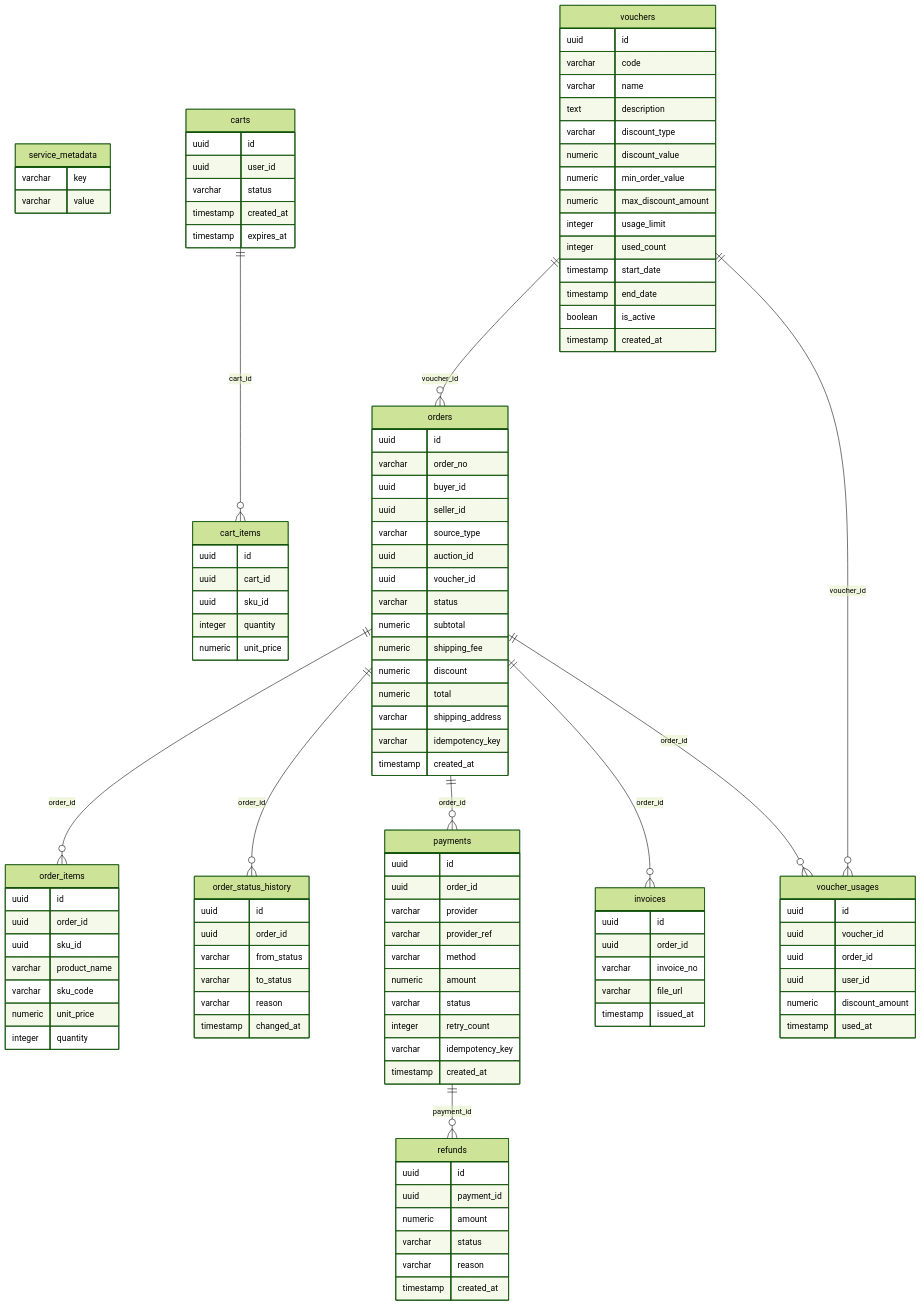
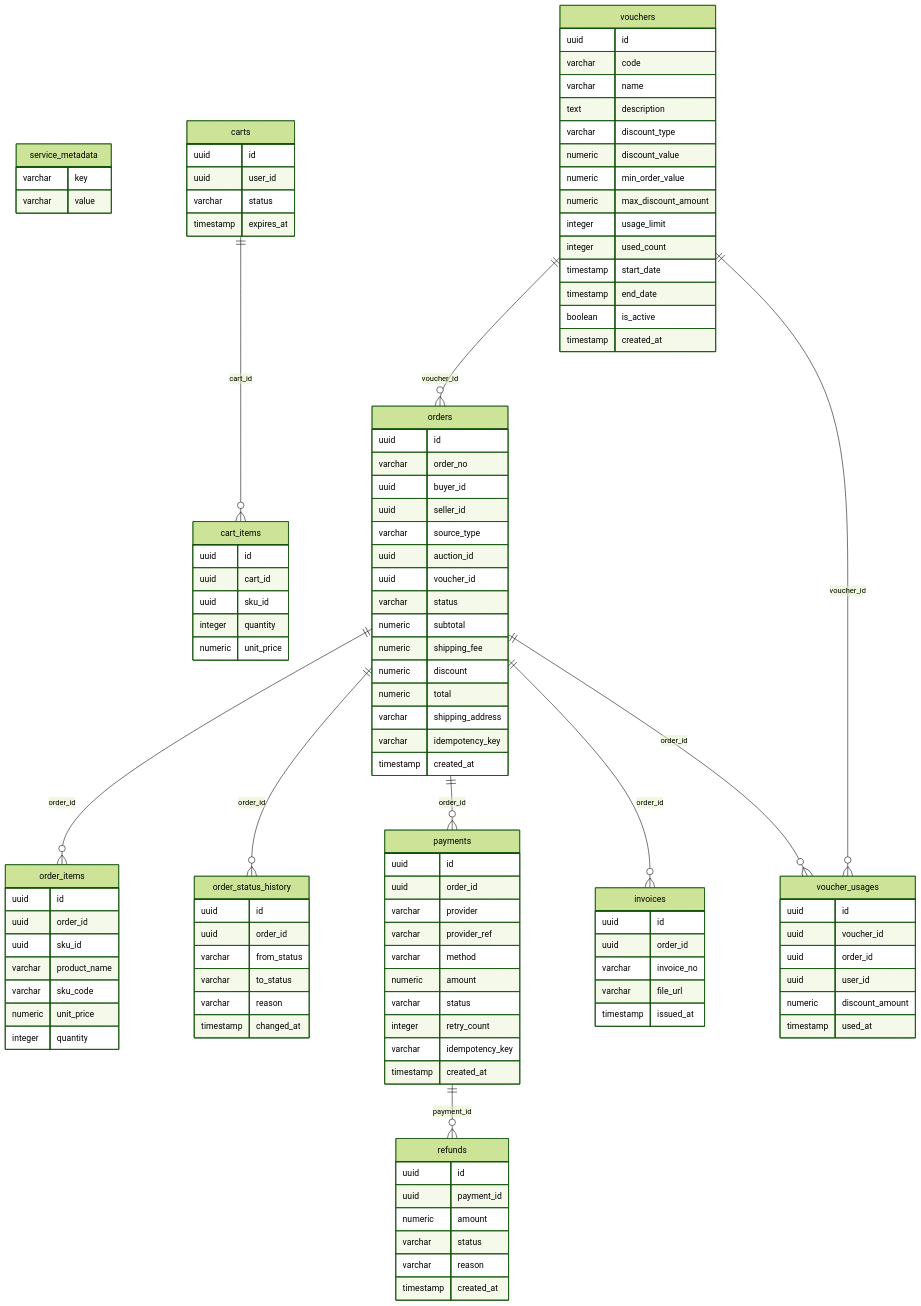
The third of 7 diagrams in docs/database/ERD.md (harry-leon/e-commerce-auction), drawn with Mermaid (forest theme) before and after one commit. The commit also changed other lines of this file and 5 other files, not shown here.

First line of the commit message:
docs(docs): document and verify final ERD alignment

```diff
--- a/docs/database/ERD.md
+++ b/docs/database/ERD.md
@@ -113,7 +102,6 @@
     uuid id
     uuid user_id
     varchar status
-    timestamp created_at
     timestamp expires_at
   }
   cart_items {
```
